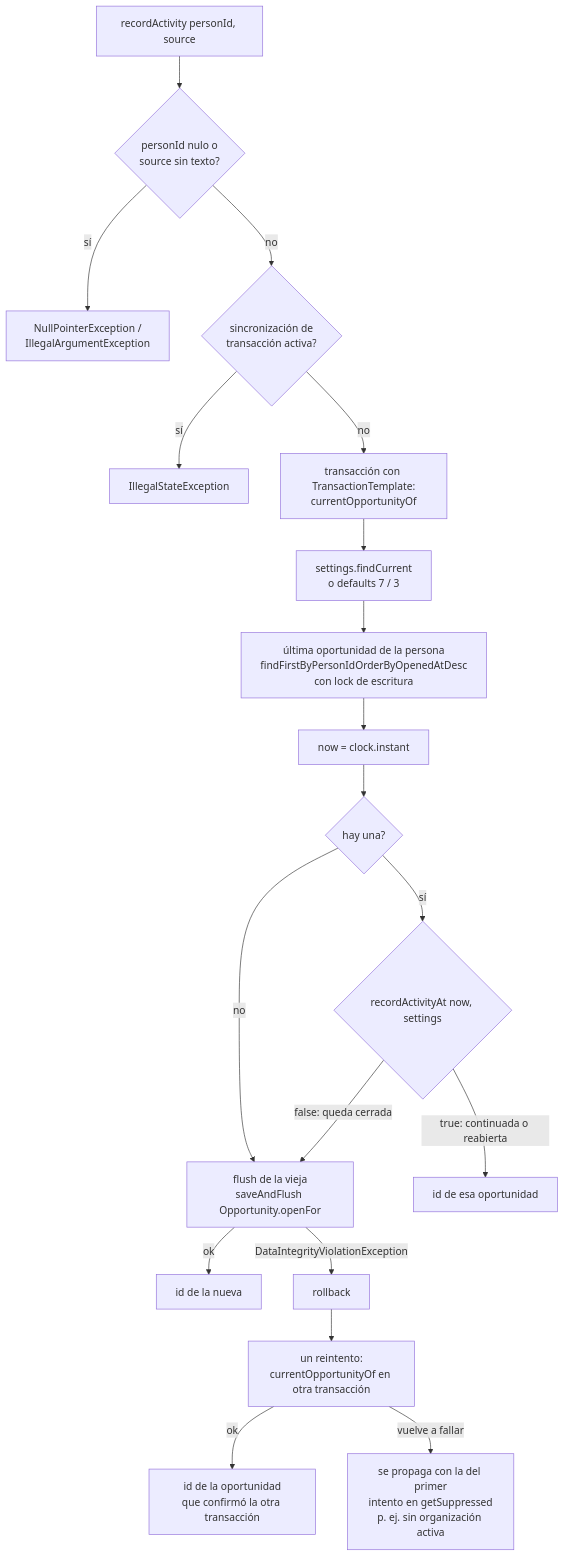
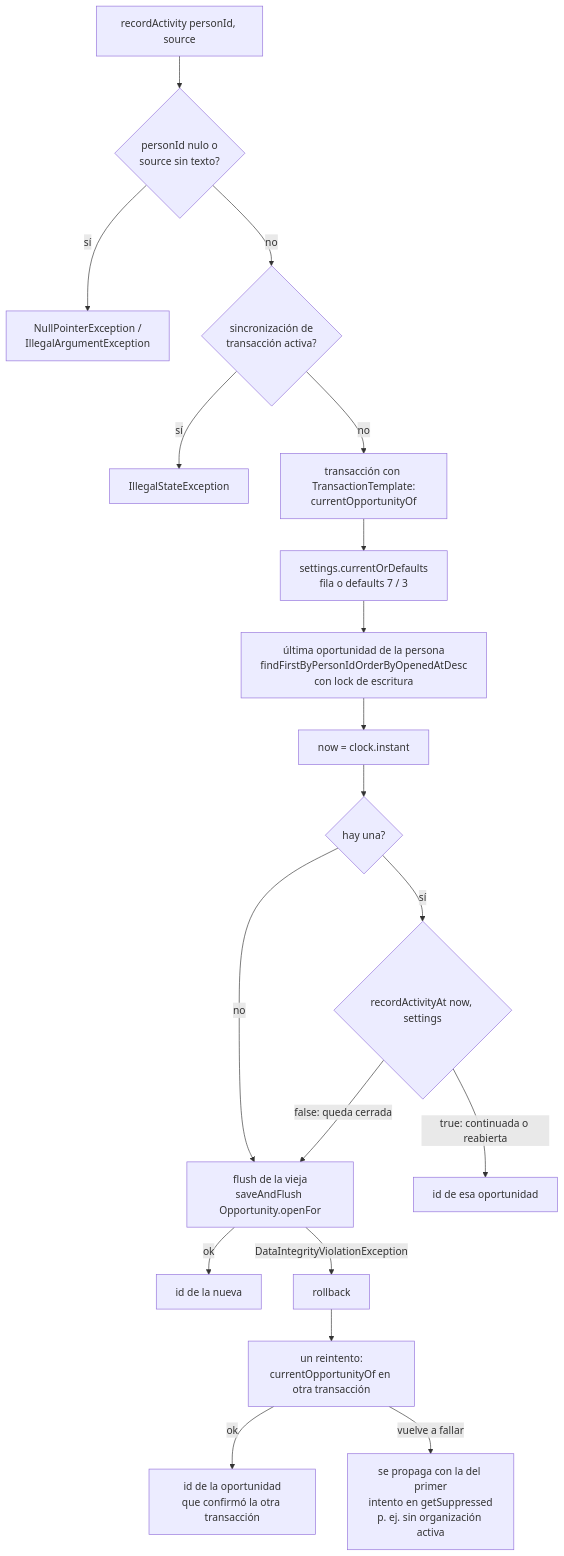
One commit to zapmaxvevo/communicator-one changed the first of 7 diagrams in docs/oportunidades.md. Above: the diagram before and after it, drawn with Mermaid. The commit also changed other lines of this file and 7 other files, not shown here.

````diff
--- a/docs/oportunidades.md
+++ b/docs/oportunidades.md
@@ -157,21 +157,21 @@
 ```mermaid
 flowchart TD
     R[recordActivity personId, source] --> V{personId nulo o<br/>source sin texto?}
     V -->|sí| X1[NullPointerException /<br/>IllegalArgumentException]
     V -->|no| G{sincronización de<br/>transacción activa?}
     G -->|sí| X2[IllegalStateException]
     G -->|no| T[transacción con TransactionTemplate:<br/>currentOpportunityOf]
-    T --> S[settings.findCurrent<br/>o defaults 7 / 3]
+    T --> S[settings.currentOrDefaults<br/>fila o defaults 7 / 3]
     S --> F[última oportunidad de la persona<br/>findFirstByPersonIdOrderByOpenedAtDesc<br/>con lock de escritura]
     F --> NOW[now = clock.instant]
     NOW --> E{hay una?}
     E -->|no| NEW
     E -->|sí| A{recordActivityAt now, settings}
     A -->|true: continuada o reabierta| ID[id de esa oportunidad]
     A -->|false: queda cerrada| NEW[flush de la vieja<br/>saveAndFlush Opportunity.openFor]
     NEW -->|ok| NID[id de la nueva]
     NEW -->|DataIntegrityViolationException| RB[rollback]
     RB --> RT[un reintento:<br/>currentOpportunityOf en otra transacción]
     RT -->|ok| ID2[id de la oportunidad<br/>que confirmó la otra transacción]
     RT -->|vuelve a fallar| X3[se propaga con la del primer<br/>intento en getSuppressed<br/>p. ej. sin organización activa]
 ```
````
